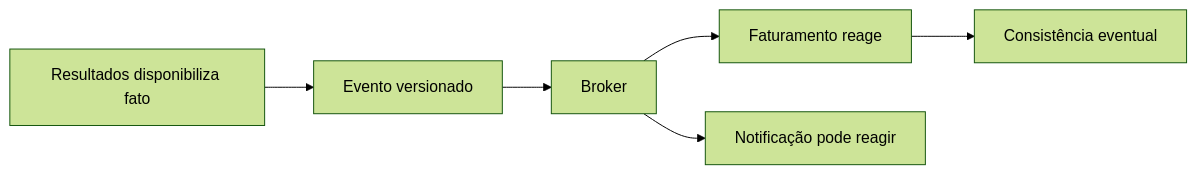
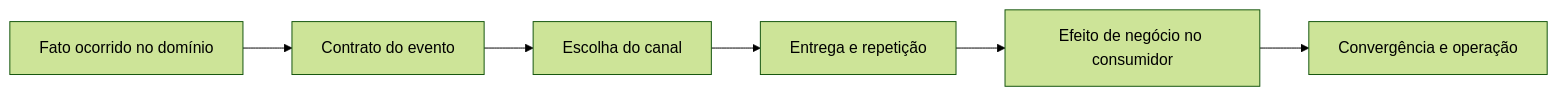
Before and after one commit to marco-mendes/arquitetura-software: the diagram in docs/modulo-5-eventos/index.md, drawn with Mermaid (forest theme). The commit also changed other lines of this file, not shown here.

````diff
--- a/docs/modulo-5-eventos/index.md
+++ b/docs/modulo-5-eventos/index.md
@@ -26,8 +28,8 @@
 ```mermaid
 flowchart LR
-    R[Resultados disponibiliza fato] --> E[Evento versionado]
-    E --> B[Broker]
-    B --> F[Faturamento reage]
-    B --> N[Notificação pode reagir]
-    F --> C[Consistência eventual]
+    A[Fato ocorrido no domínio] --> B[Contrato do evento]
+    B --> C[Escolha do canal]
+    C --> D[Entrega e repetição]
+    D --> E[Efeito de negócio no consumidor]
+    E --> F[Convergência e operação]
 ```
````
